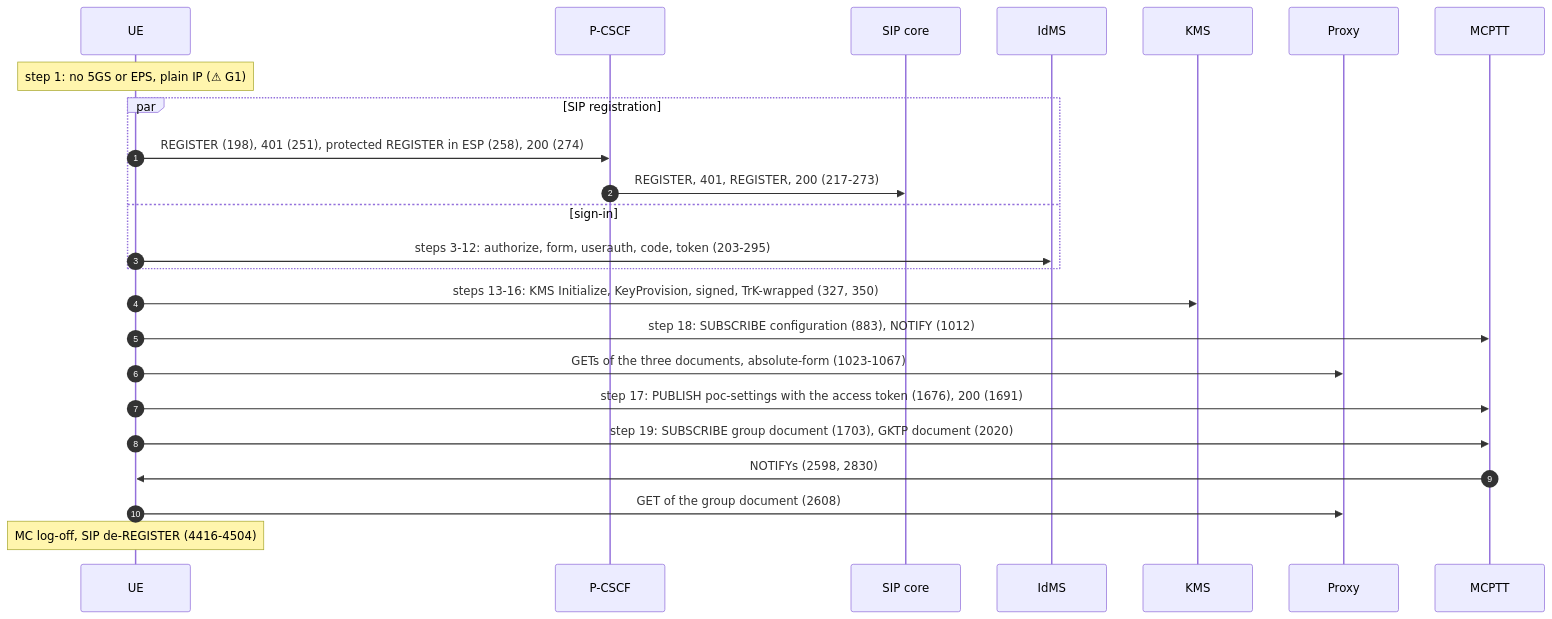
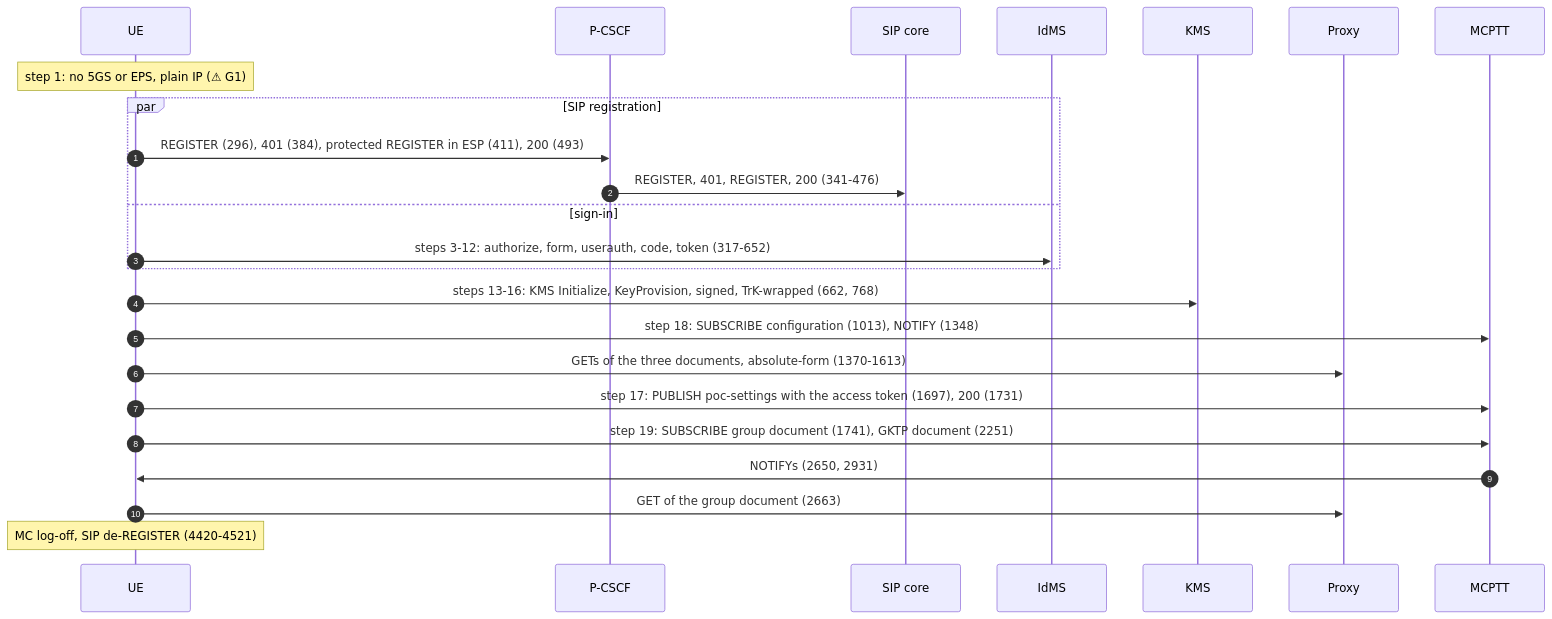
One commit to openMCX/openmcx-server changed the first of 9 diagrams in tutorials/end-to-end/10-openmcx-ue-conformance-check/CALL_FLOW.md. Above: the diagram before and after it, drawn with Mermaid. The commit also changed other lines of this file and 19 other files, not shown here.

````diff
--- a/tutorials/end-to-end/10-openmcx-ue-conformance-check/CALL_FLOW.md
+++ b/tutorials/end-to-end/10-openmcx-ue-conformance-check/CALL_FLOW.md
@@ -46,26 +48,26 @@
 ```mermaid
 sequenceDiagram
     autonumber
     participant UE
     participant PC as P-CSCF
     participant SC as SIP core
     participant IdMS
     participant KMS
     participant PX as Proxy
     participant AS as MCPTT
     Note over UE: step 1: no 5GS or EPS, plain IP (⚠ G1)
     par SIP registration
-        UE->>PC: REGISTER (198), 401 (251), protected REGISTER in ESP (258), 200 (274)
-        PC->>SC: REGISTER, 401, REGISTER, 200 (217-273)
+        UE->>PC: REGISTER (296), 401 (384), protected REGISTER in ESP (411), 200 (493)
+        PC->>SC: REGISTER, 401, REGISTER, 200 (341-476)
     and sign-in
-        UE->>IdMS: steps 3-12: authorize, form, userauth, code, token (203-295)
+        UE->>IdMS: steps 3-12: authorize, form, userauth, code, token (317-652)
     end
-    UE->>KMS: steps 13-16: KMS Initialize, KeyProvision, signed, TrK-wrapped (327, 350)
-    UE->>AS: step 18: SUBSCRIBE configuration (883), NOTIFY (1012)
-    UE->>PX: GETs of the three documents, absolute-form (1023-1067)
-    UE->>AS: step 17: PUBLISH poc-settings with the access token (1676), 200 (1691)
-    UE->>AS: step 19: SUBSCRIBE group document (1703), GKTP document (2020)
-    AS->>UE: NOTIFYs (2598, 2830)
-    UE->>PX: GET of the group document (2608)
-    Note over UE: MC log-off, SIP de-REGISTER (4416-4504)
+    UE->>KMS: steps 13-16: KMS Initialize, KeyProvision, signed, TrK-wrapped (662, 768)
+    UE->>AS: step 18: SUBSCRIBE configuration (1013), NOTIFY (1348)
+    UE->>PX: GETs of the three documents, absolute-form (1370-1613)
+    UE->>AS: step 17: PUBLISH poc-settings with the access token (1697), 200 (1731)
+    UE->>AS: step 19: SUBSCRIBE group document (1741), GKTP document (2251)
+    AS->>UE: NOTIFYs (2650, 2931)
+    UE->>PX: GET of the group document (2663)
+    Note over UE: MC log-off, SIP de-REGISTER (4420-4521)
 ```
````
